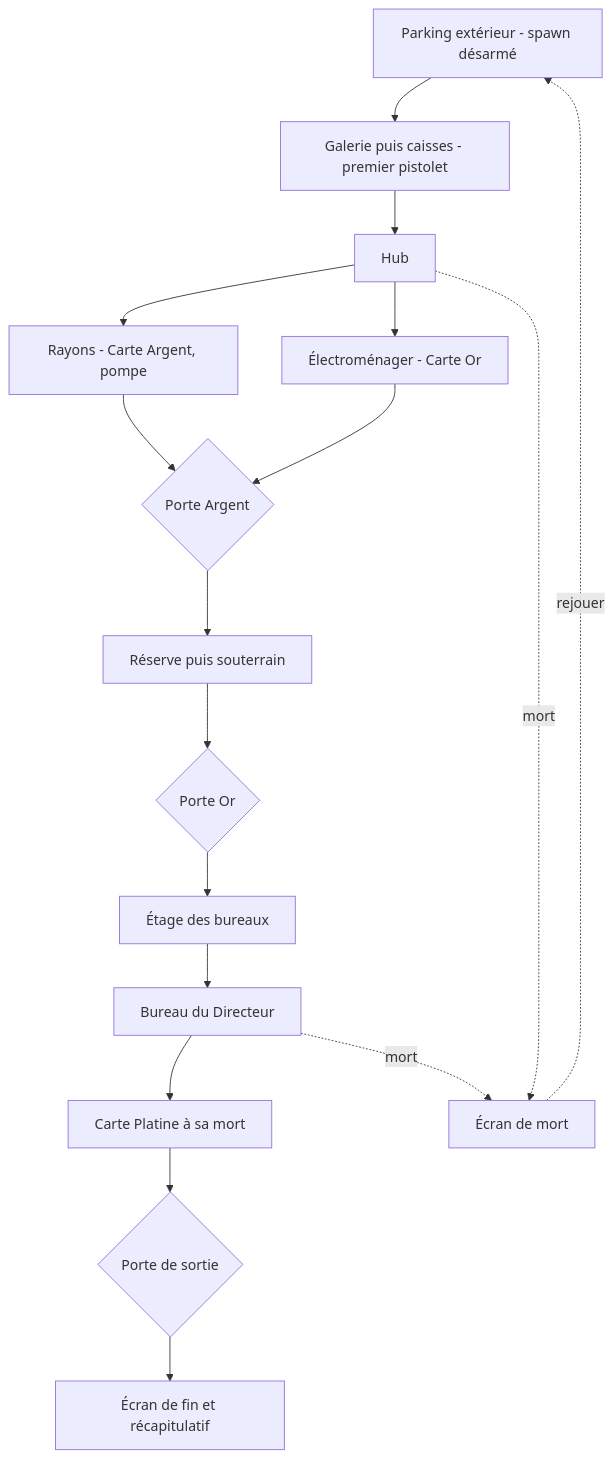
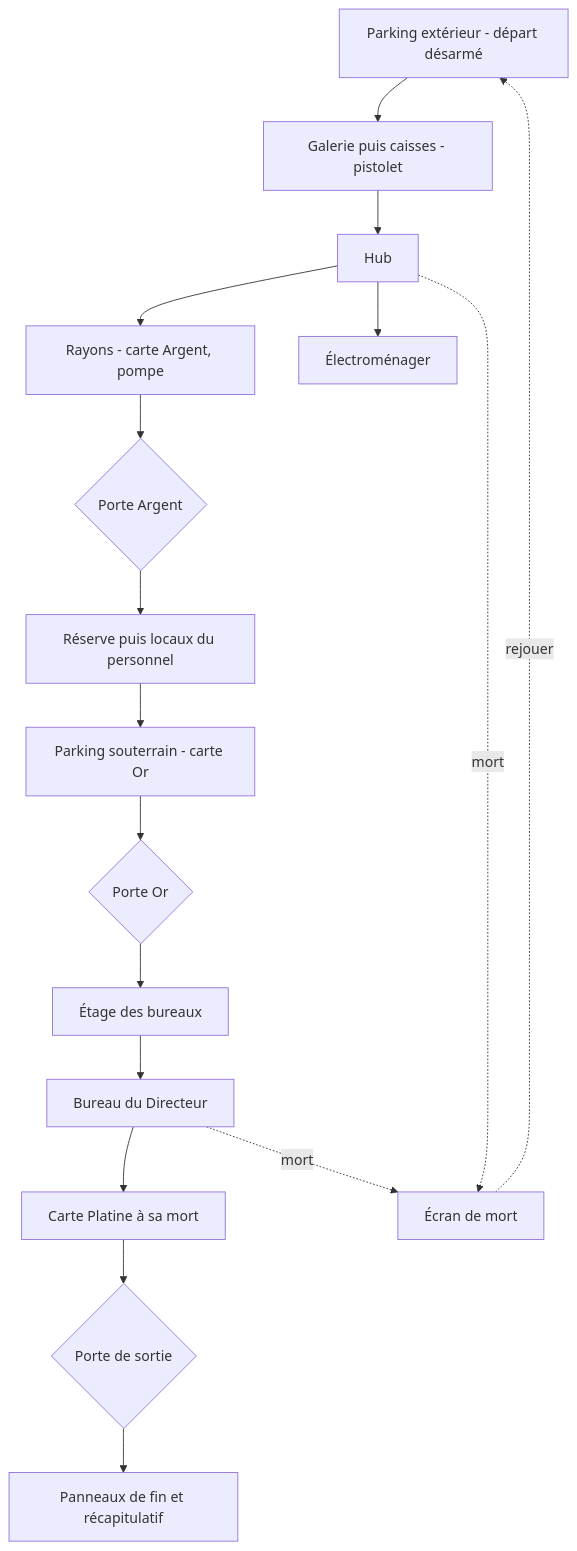
Before and after one commit to benjiGir/projet-cassandre: the diagram in docs/2-fonctionnel/experience-de-jeu.md, drawn with Mermaid. The commit also changed other lines of this file and 136 other files, not shown here.

````diff
--- a/docs/2-fonctionnel/experience-de-jeu.md
+++ b/docs/2-fonctionnel/experience-de-jeu.md
@@ -70,19 +76,19 @@
 ```mermaid
 flowchart TD
-  A[Parking extérieur - spawn désarmé] --> B[Galerie puis caisses - premier pistolet]
+  A[Parking extérieur - départ désarmé] --> B[Galerie puis caisses - pistolet]
   B --> C[Hub]
-  C --> D[Rayons - Carte Argent, pompe]
-  C --> E[Électroménager - Carte Or]
+  C --> D[Rayons - carte Argent, pompe]
+  C --> E[Électroménager]
   D --> F{Porte Argent}
-  E --> F
-  F --> G[Réserve puis souterrain]
-  G --> H{Porte Or}
+  F --> G[Réserve puis locaux du personnel]
+  G --> P[Parking souterrain - carte Or]
+  P --> H{Porte Or}
   H --> I[Étage des bureaux]
   I --> J[Bureau du Directeur]
   J --> K[Carte Platine à sa mort]
   K --> L{Porte de sortie}
-  L --> M[Écran de fin et récapitulatif]
+  L --> M[Panneaux de fin et récapitulatif]
   C -.mort.-> N[Écran de mort]
   J -.mort.-> N
   N -.rejouer.-> A
 ```
````
